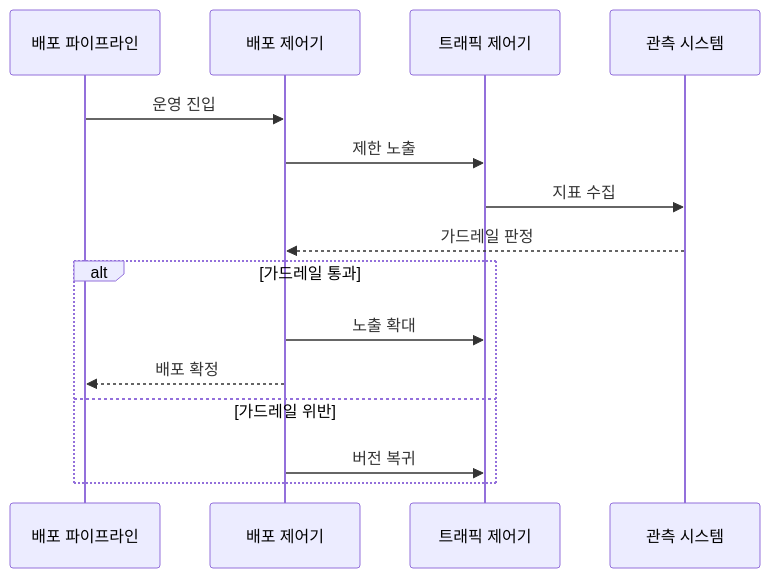
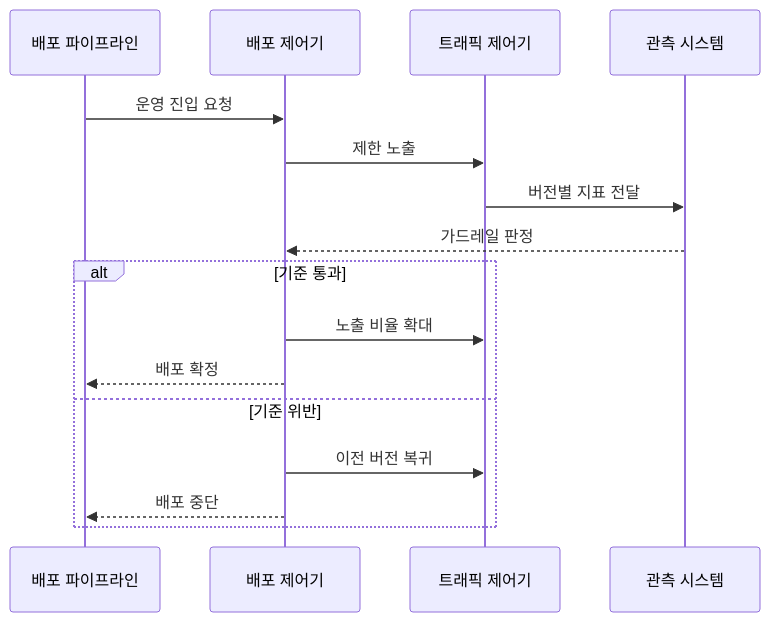
The second of 2 diagrams in src/content/docs/notes/03-software/054_continuous_deployment.md (agnusdei1207/knowledge-base), drawn with Mermaid before and after one commit. The commit also changed other lines of this file and 7 other files, not shown here.

````diff
--- a/src/content/docs/notes/03-software/054_continuous_deployment.md
+++ b/src/content/docs/notes/03-software/054_continuous_deployment.md
@@ -92,17 +81,18 @@
 ```mermaid
 sequenceDiagram
     participant P as 배포 파이프라인
     participant D as 배포 제어기
     participant T as 트래픽 제어기
-    participant M as 관측 시스템
-    P->>D: 운영 진입
+    participant O as 관측 시스템
+    P->>D: 운영 진입 요청
     D->>T: 제한 노출
-    T->>M: 지표 수집
-    M-->>D: 가드레일 판정
-    alt 가드레일 통과
-        D->>T: 노출 확대
+    T->>O: 버전별 지표 전달
+    O-->>D: 가드레일 판정
+    alt 기준 통과
+        D->>T: 노출 비율 확대
         D-->>P: 배포 확정
-    else 가드레일 위반
-        D->>T: 버전 복귀
+    else 기준 위반
+        D->>T: 이전 버전 복귀
+        D-->>P: 배포 중단
     end
 ```
````
